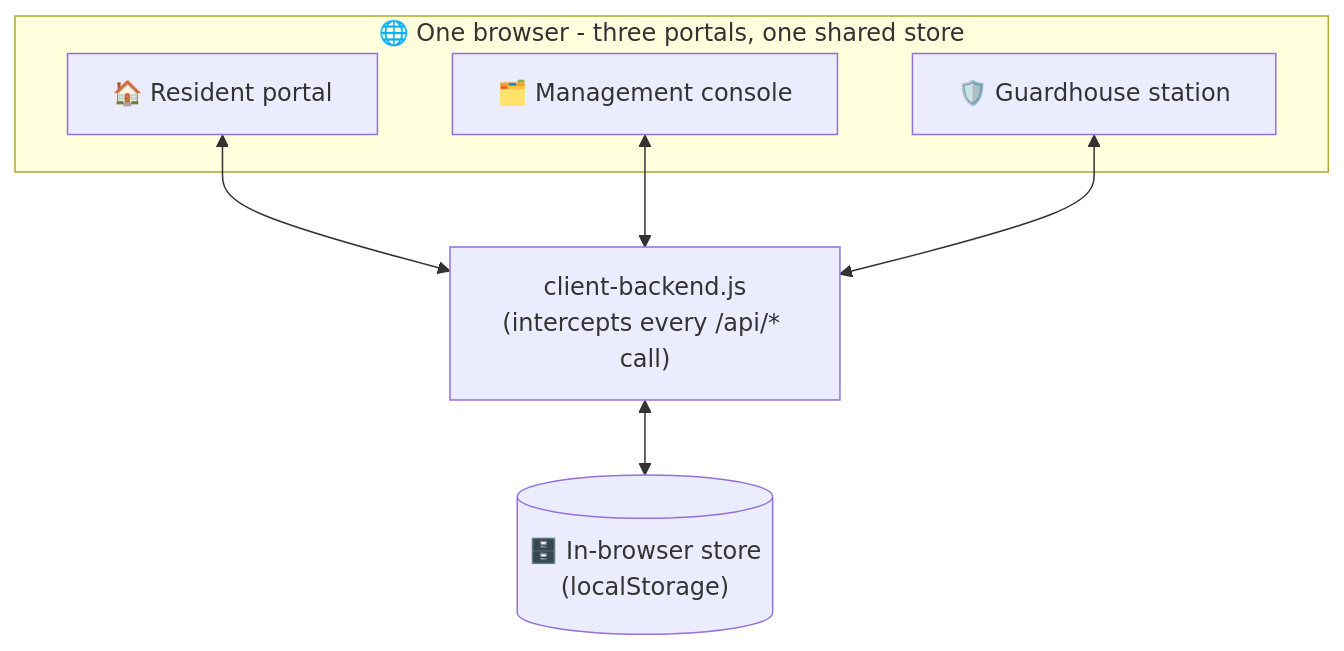
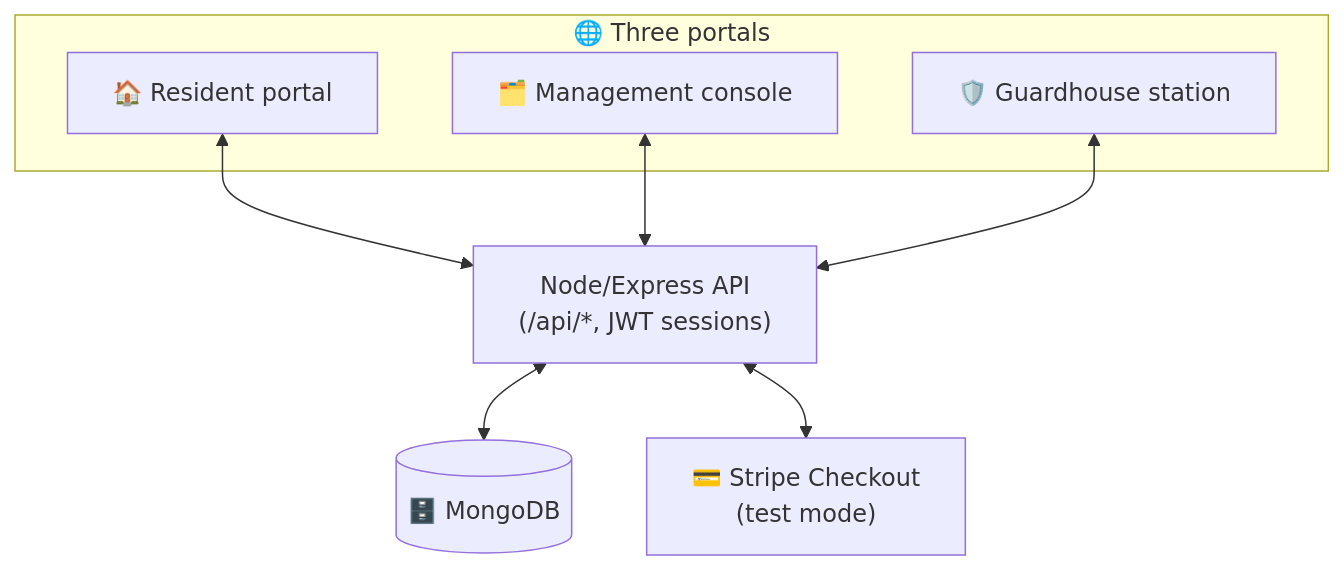
Before and after one commit to dooddles07/The-Meridian: the first of 4 diagrams in README.md, drawn with Mermaid. The commit also changed other lines of this file, not shown here.

Commit message:
docs(readme): rewrite for the fully-live build — manual login, all features Mongo-backed, remove mock/preview references

````diff
--- a/README.md
+++ b/README.md
@@ -154,15 +150,17 @@
 ```mermaid
 flowchart TB
-    subgraph Browser["🌐 One browser - three portals, one shared store"]
+    subgraph Portals["🌐 Three portals"]
         R["🏠 Resident portal"]
         M["🗂️ Management console"]
         G["🛡️ Guardhouse station"]
     end
-    API["client-backend.js<br/>(intercepts every /api/* call)"]
-    DB[("🗄️ In-browser store<br/>(localStorage)")]
+    API["Node/Express API<br/>(/api/*, JWT sessions)"]
+    DB[("🗄️ MongoDB")]
+    Stripe["💳 Stripe Checkout<br/>(test mode)"]
 
     R <--> API
     M <--> API
     G <--> API
     API <--> DB
+    API <--> Stripe
 ```
````
